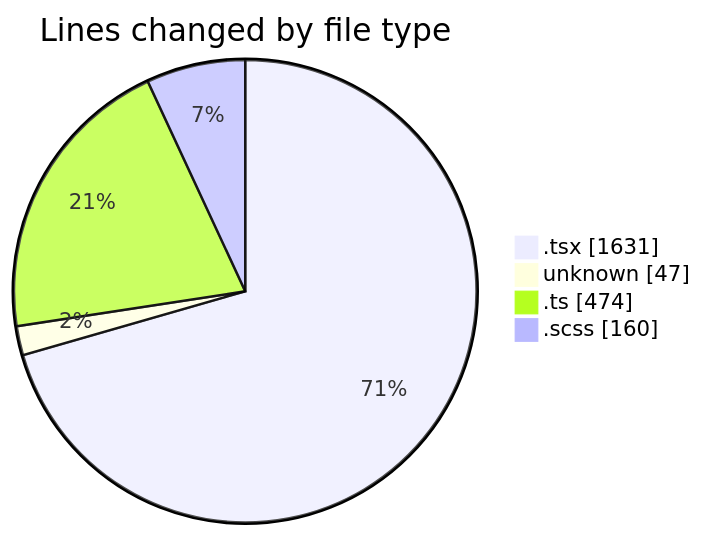
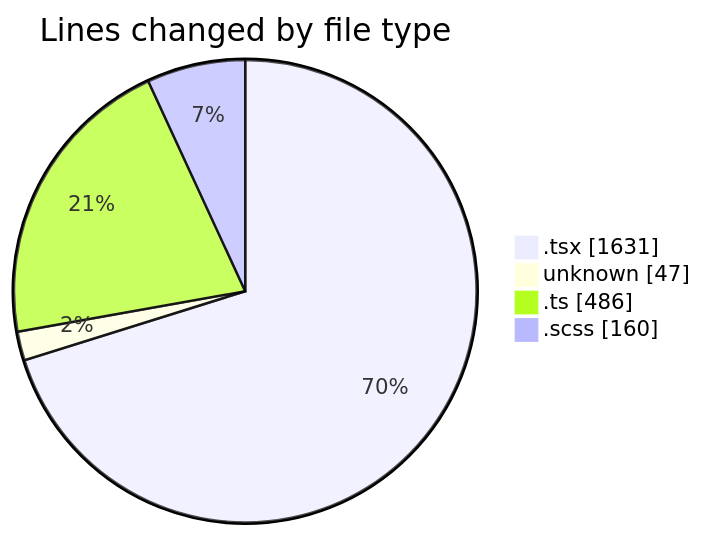
One commit to momahboobian/code-tracking changed the first of 2 diagrams in 2025-09-18/cda/README.md. Above: the diagram before and after it, drawn with Mermaid. The commit also changed other lines of this file and 1 other file, not shown here.

````diff
--- a/2025-09-18/cda/README.md
+++ b/2025-09-18/cda/README.md
@@ -25,8 +25,8 @@
 ```mermaid
 pie showData
 title Lines changed by file type
 ".tsx" : 1631
 "unknown" : 47
-".ts" : 474
+".ts" : 486
 ".scss" : 160
 ```
````
